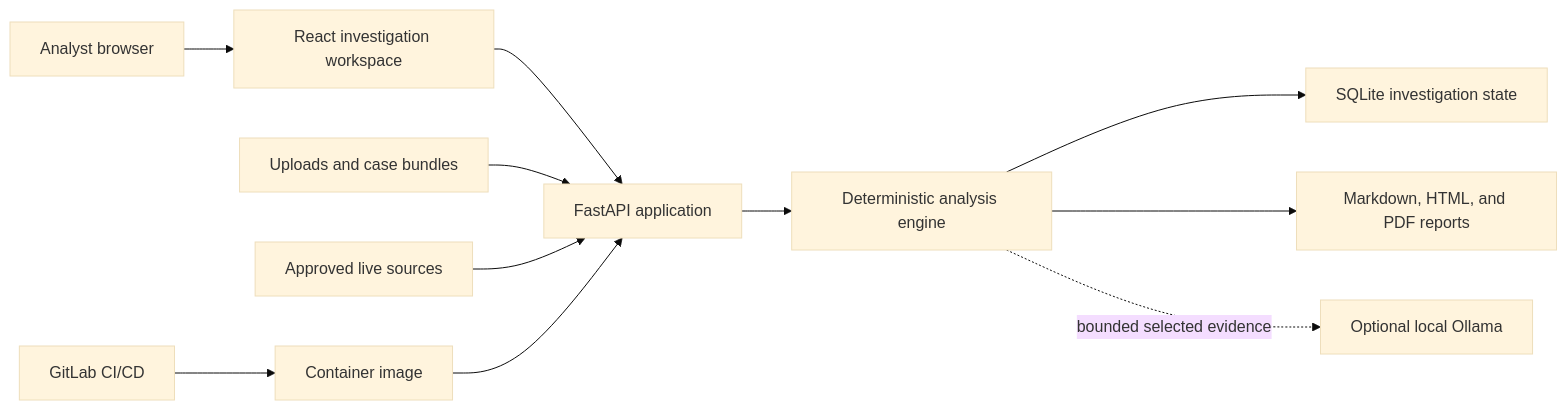
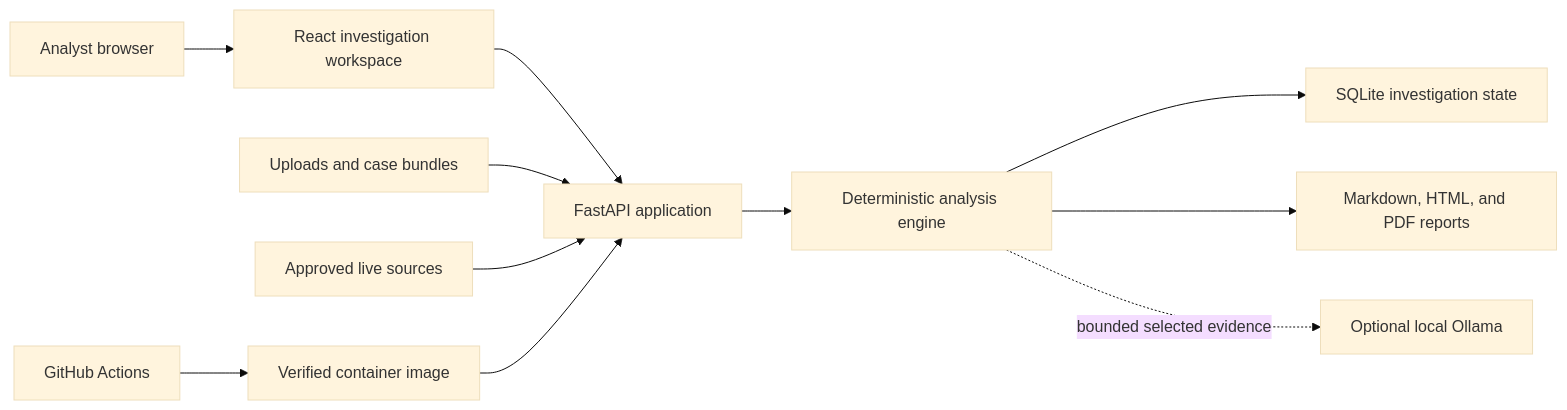
Before and after one commit to 0zB0/Security-Log-Analyzer: the first of 3 diagrams in docs/architecture.md, drawn with Mermaid (base theme). The commit also changed other lines of this file and 66 other files, not shown here.

````diff
--- a/docs/architecture.md
+++ b/docs/architecture.md
@@ -17,13 +17,13 @@
 ```mermaid
 flowchart LR
     A["Analyst browser"] --> W["React investigation workspace"]
     W --> API["FastAPI application"]
     U["Uploads and case bundles"] --> API
     L["Approved live sources"] --> API
     API --> E["Deterministic analysis engine"]
     E --> DB["SQLite investigation state"]
     E --> R["Markdown, HTML, and PDF reports"]
     E -. "bounded selected evidence" .-> O["Optional local Ollama"]
-    CI["GitLab CI/CD"] --> C["Container image"]
+    CI["GitHub Actions"] --> C["Verified container image"]
     C --> API
 ```
````
